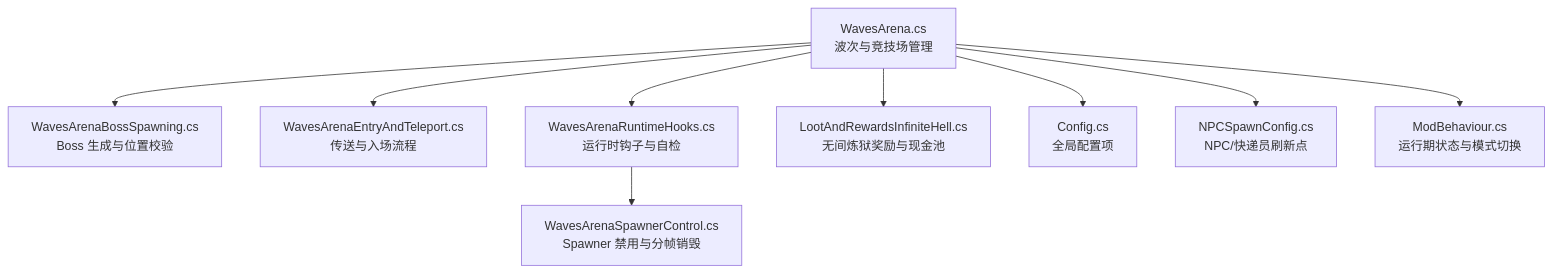
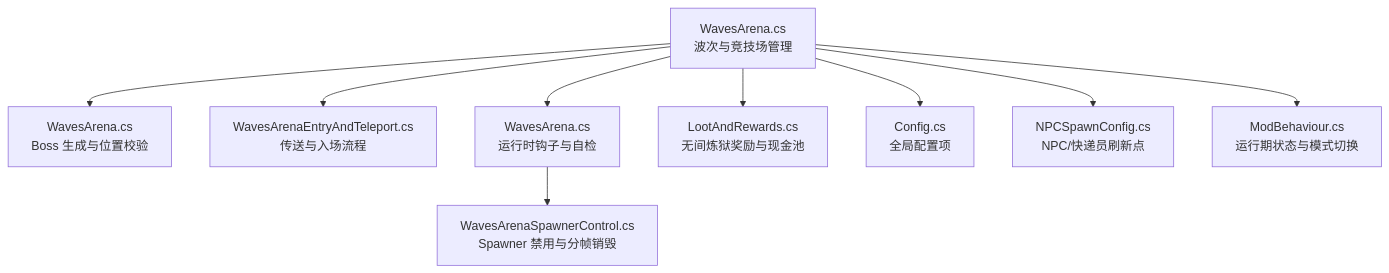
Before and after one commit to GASEN1216/BossRushMod: the first of 10 diagrams in .qoder/repowiki/zh/content/项目概览/核心功能特性/游戏模式系统/标准 BossRush 模式.md, drawn with Mermaid. The commit also changed other lines of this file and 124 other files, not shown here.

````diff
--- a/.qoder/repowiki/zh/content/项目概览/核心功能特性/游戏模式系统/标准 BossRush 模式.md
+++ b/.qoder/repowiki/zh/content/项目概览/核心功能特性/游戏模式系统/标准 BossRush 模式.md
@@ -45,11 +45,11 @@
 ```mermaid
 graph TB
-A["WavesArena.cs<br/>波次与竞技场管理"] --> B["WavesArenaBossSpawning.cs<br/>Boss 生成与位置校验"]
+A["WavesArena.cs<br/>波次与竞技场管理"] --> B["WavesArena.cs<br/>Boss 生成与位置校验"]
 A --> C["WavesArenaEntryAndTeleport.cs<br/>传送与入场流程"]
-A --> D["WavesArenaRuntimeHooks.cs<br/>运行时钩子与自检"]
+A --> D["WavesArena.cs<br/>运行时钩子与自检"]
 D --> E["WavesArenaSpawnerControl.cs<br/>Spawner 禁用与分帧销毁"]
-A --> F["LootAndRewardsInfiniteHell.cs<br/>无间炼狱奖励与现金池"]
+A --> F["LootAndRewards.cs<br/>无间炼狱奖励与现金池"]
 A --> G["Config.cs<br/>全局配置项"]
 A --> H["NPCSpawnConfig.cs<br/>NPC/快递员刷新点"]
 A --> I["ModBehaviour.cs<br/>运行期状态与模式切换"]
 ```
````
